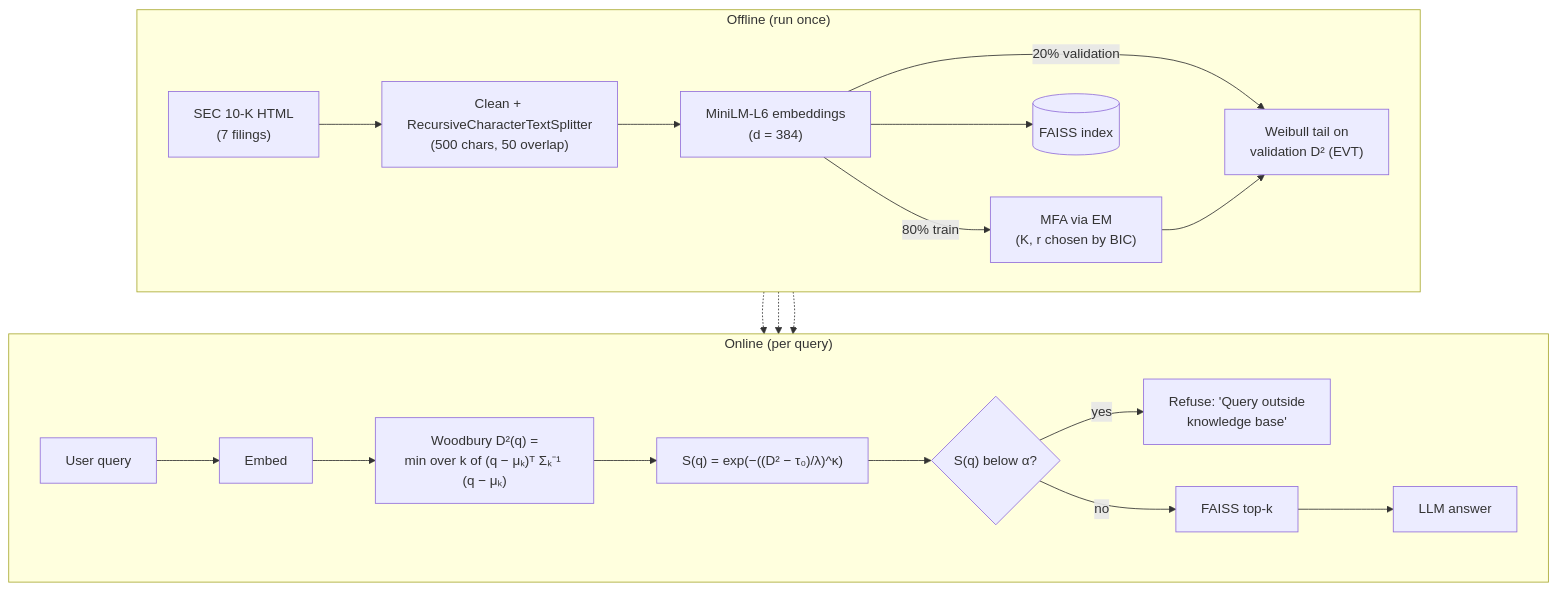
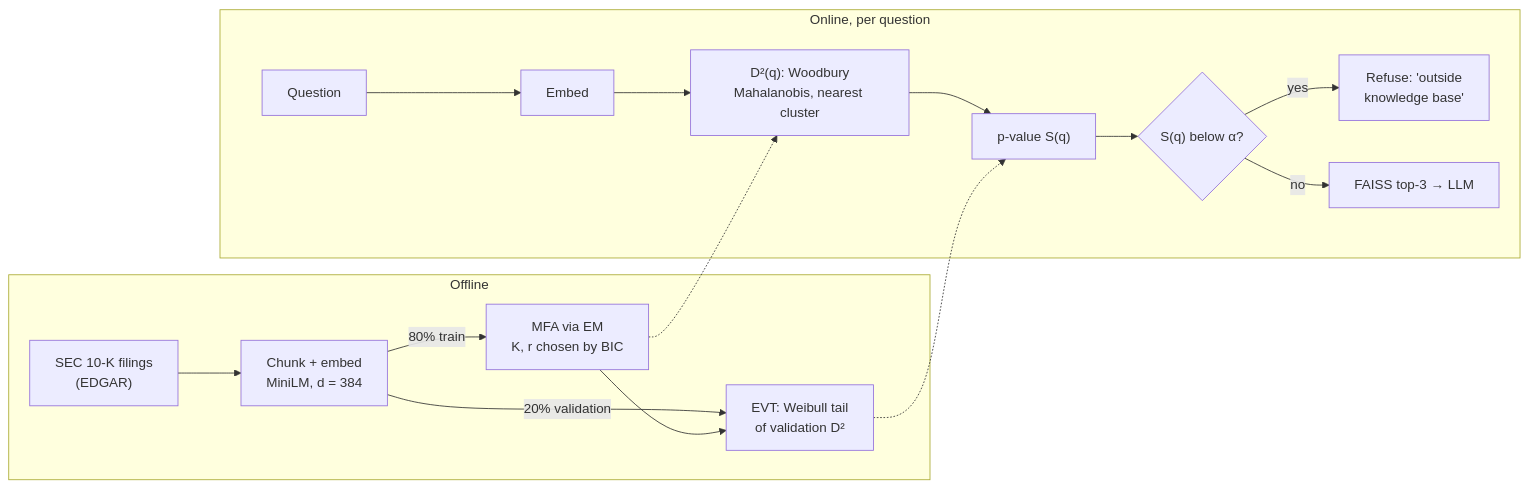
The diagram in README.md (GellaNagaSaiKrishna/Hallucination-Guardrails-via-MFA-and-EVT), drawn with Mermaid before and after one commit. The commit also changed other lines of this file and 75 other files, not shown here.

First line of the commit message:
Rebuild on open-source data: FinanceBench + SEC EDGAR knowledge base

````diff
--- a/README.md
+++ b/README.md
@@ -12,24 +30,17 @@
 ```mermaid
-flowchart TB
-    subgraph OFF["Offline (run once)"]
-        direction LR
-        A["SEC 10-K HTML<br/>(7 filings)"] --> B["Clean + RecursiveCharacterTextSplitter<br/>(500 chars, 50 overlap)"]
-        B --> C["MiniLM-L6 embeddings<br/>(d = 384)"]
-        C -->|"80% train"| D["MFA via EM<br/>(K, r chosen by BIC)"]
-        C -->|"20% validation"| E["Weibull tail on<br/>validation D² (EVT)"]
-        D --> E
-        C --> F[("FAISS index")]
+flowchart LR
+    subgraph OFF["Offline"]
+        A["SEC 10-K filings<br/>(EDGAR)"] --> B["Chunk + embed<br/>MiniLM, d = 384"]
+        B -->|"80% train"| C["MFA via EM<br/>K, r chosen by BIC"]
+        B -->|"20% validation"| D["EVT: Weibull tail<br/>of validation D²"]
+        C --> D
     end
-    subgraph ON["Online (per query)"]
-        direction LR
-        Q["User query"] --> QE["Embed"]
-        QE --> W["Woodbury D²(q) =<br/>min over k of (q − μₖ)ᵀ Σₖ⁻¹ (q − μₖ)"]
-        W --> S["S(q) = exp(−((D² − τ₀)/λ)^κ)"]
-        S --> G{"S(q) below α?"}
-        G -->|"yes"| R["Refuse: 'Query outside<br/>knowledge base'"]
-        G -->|"no"| T["FAISS top-k"] --> L["LLM answer"]
+    subgraph ON["Online, per question"]
+        Q["Question"] --> E["Embed"] --> F["D²(q): Woodbury<br/>Mahalanobis, nearest cluster"]
+        F --> G["p-value S(q)"] --> H{"S(q) below α?"}
+        H -->|"yes"| R["Refuse: 'outside<br/>knowledge base'"]
+        H -->|"no"| T["FAISS top-3 → LLM"]
     end
-    D -.-> W
-    E -.-> S
-    F -.-> T
+    C -.-> F
+    D -.-> G
 ```
````
